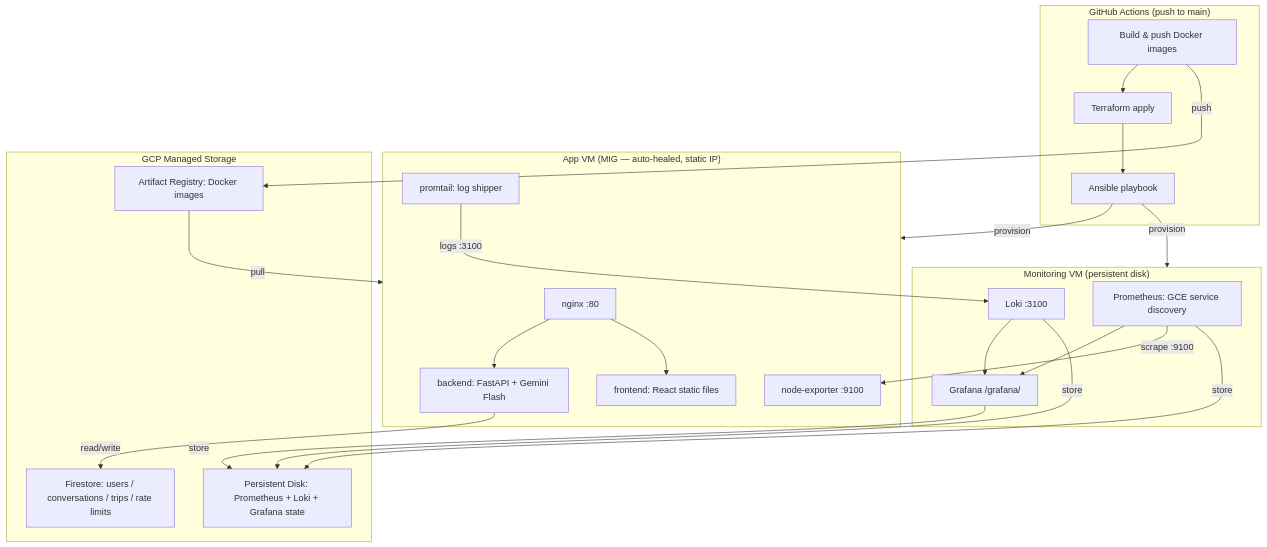
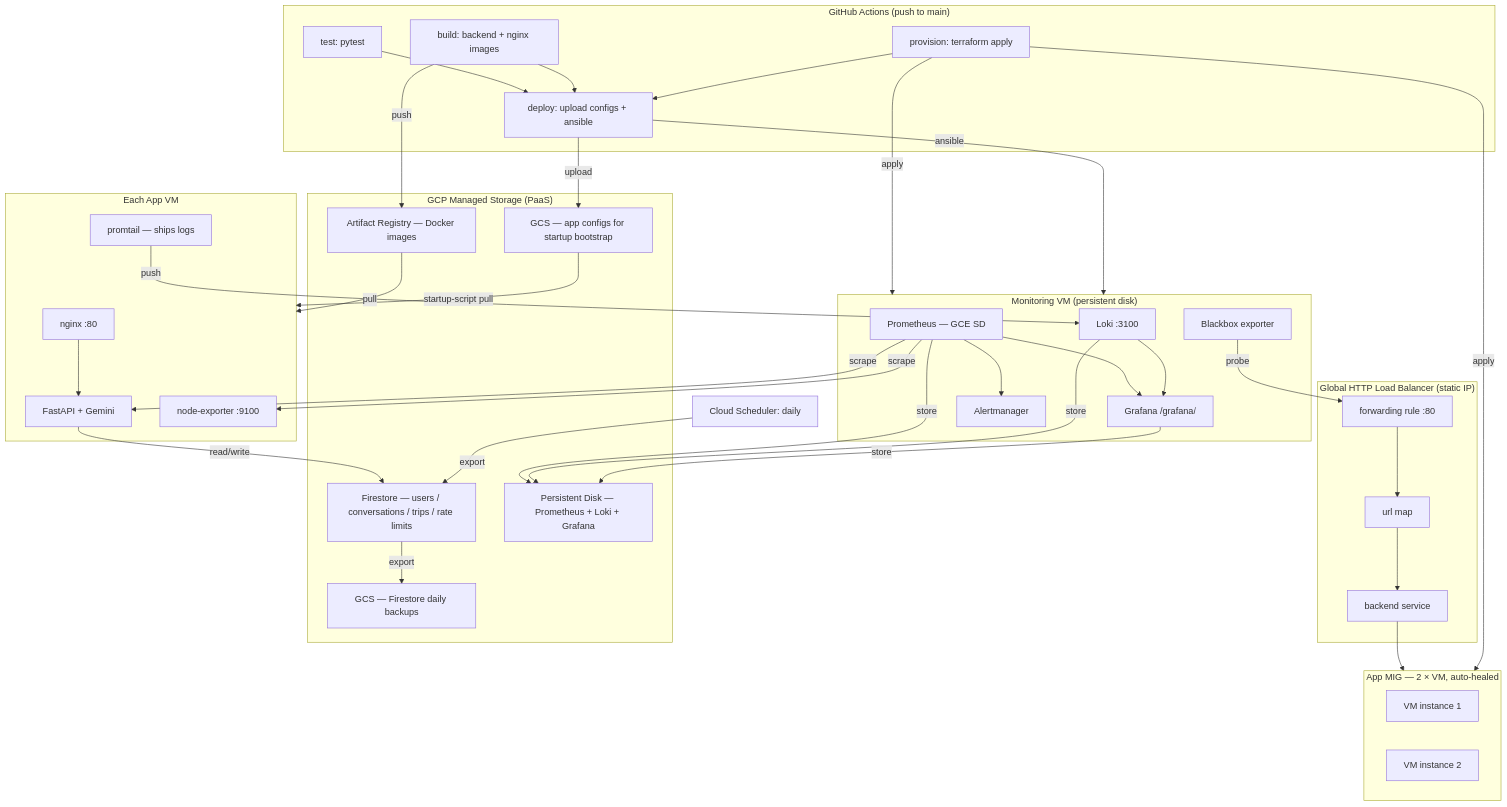
Before and after one commit to TimmyKug/travel-assistant: the diagram in README.md, drawn with Mermaid. The commit also changed other lines of this file and 9 other files, not shown here.

````diff
--- a/README.md
+++ b/README.md
@@ -7,44 +15,68 @@
 ```mermaid
 graph TD
     subgraph CI ["GitHub Actions (push to main)"]
-        GHA1[Build & push Docker images]
-        GHA2[Terraform apply]
-        GHA3[Ansible playbook]
-        GHA1 --> GHA2 --> GHA3
+        GHA1[test: pytest]
+        GHA2[build: backend + nginx images]
+        GHA3[provision: terraform apply]
+        GHA4[deploy: upload configs + ansible]
+        GHA1 --> GHA4
+        GHA2 --> GHA4
+        GHA3 --> GHA4
     end
 
-    subgraph AppVM ["App VM (MIG — auto-healed, static IP)"]
+    subgraph LB ["Global HTTP Load Balancer (static IP)"]
+        FR[forwarding rule :80] --> URLMap[url map] --> BES[backend service]
+    end
+
+    subgraph AppMIG ["App MIG — 2 × VM, auto-healed"]
+        direction LR
+        VM1[VM instance 1]
+        VM2[VM instance 2]
+    end
+
+    subgraph VMStack ["Each App VM"]
         nginx[nginx :80]
-        backend[backend: FastAPI + Gemini Flash]
-        frontend[frontend: React static files]
-        promtail[promtail: log shipper]
+        backend[FastAPI + Gemini]
+        promtail[promtail — ships logs]
         node_exp[node-exporter :9100]
         nginx --> backend
-        nginx --> frontend
     end
 
     subgraph MonVM ["Monitoring VM (persistent disk)"]
-        prometheus[Prometheus: GCE service discovery]
+        prometheus[Prometheus — GCE SD]
         loki[Loki :3100]
         grafana[Grafana /grafana/]
+        alertmgr[Alertmanager]
+        blackbox[Blackbox exporter]
         prometheus --> grafana
         loki --> grafana
+        prometheus --> alertmgr
     end
 
-    subgraph Storage ["GCP Managed Storage"]
-        AR[Artifact Registry: Docker images]
-        FS[Firestore: users / conversations / trips / rate limits]
-        PD[Persistent Disk: Prometheus + Loki + Grafana state]
+    subgraph Storage ["GCP Managed Storage (PaaS)"]
+        AR[Artifact Registry — Docker images]
+        FS[Firestore — users / conversations / trips / rate limits]
+        PD[Persistent Disk — Prometheus + Loki + Grafana]
+        CB[GCS — app configs for startup bootstrap]
+        BB[GCS — Firestore daily backups]
     end
 
-    GHA1 -- push --> AR
-    GHA3 -- provision --> AppVM
-    GHA3 -- provision --> MonVM
-    AR -- pull --> AppVM
+    BES --> AppMIG
+    GHA2 -- push --> AR
+    GHA3 -- apply --> AppMIG
+    GHA3 -- apply --> MonVM
+    GHA4 -- upload --> CB
+    GHA4 -- ansible --> MonVM
+    AR -- pull --> VMStack
+    CB -- startup-script pull --> VMStack
     backend -- read/write --> FS
-    promtail -- logs :3100 --> loki
-    prometheus -- scrape :9100 --> node_exp
+    promtail -- push --> loki
+    prometheus -- scrape --> node_exp
+    prometheus -- scrape --> backend
+    blackbox -- probe --> FR
     prometheus -- store --> PD
     loki -- store --> PD
     grafana -- store --> PD
+    SCHED[Cloud Scheduler: daily] -- export --> FS
+    FS -- export --> BB
 ```
````
